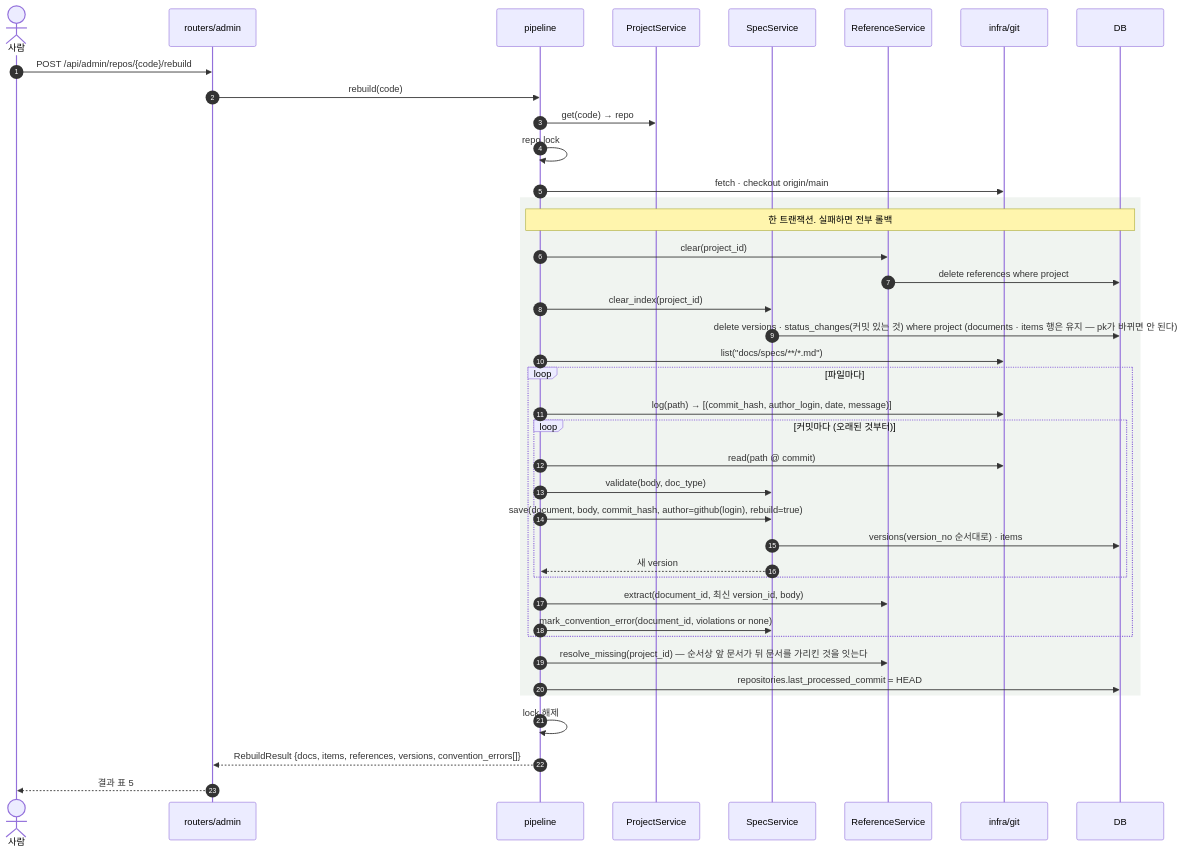
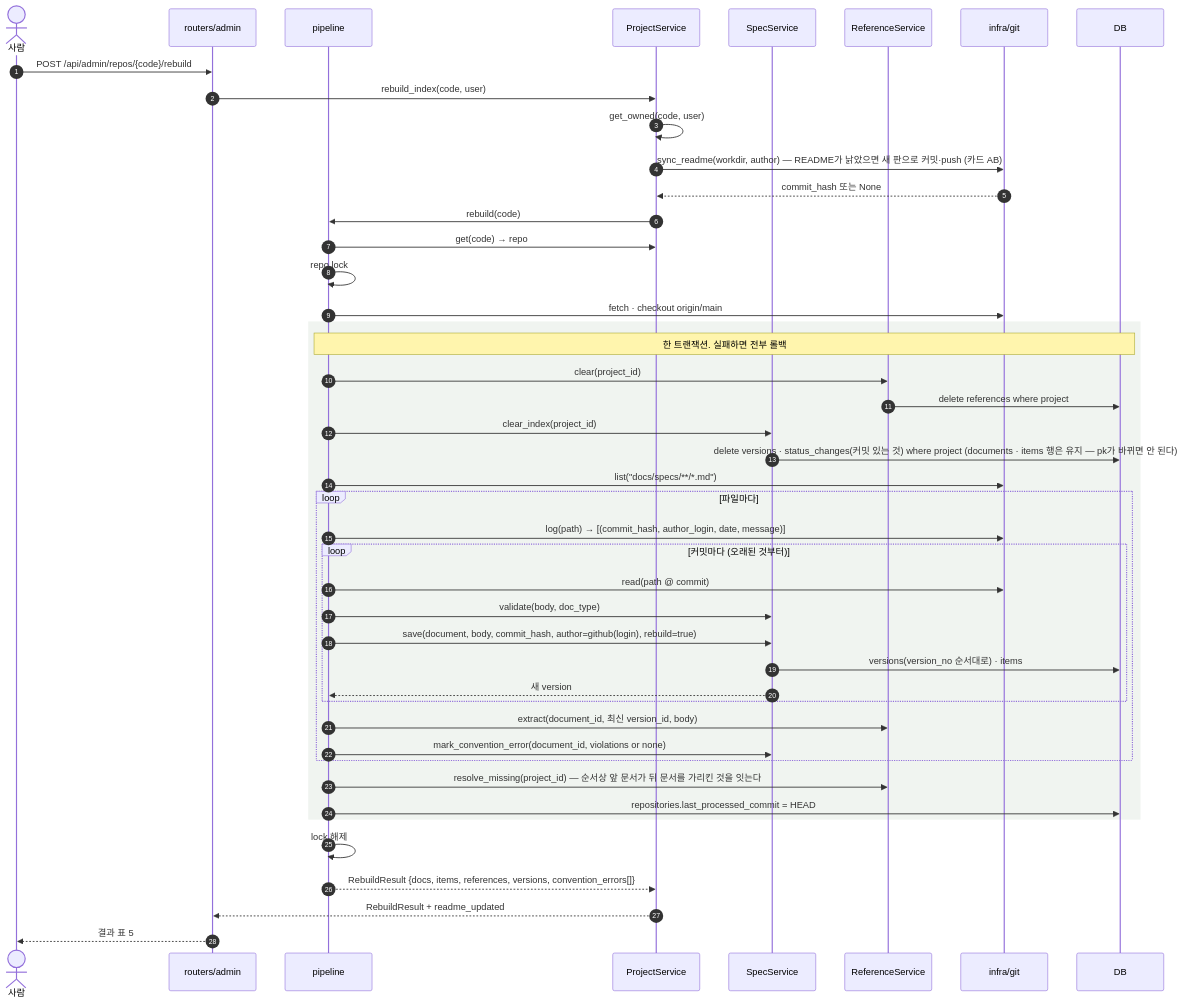
Before and after one commit to HoyoungParkme/syncdoc: diagram 17 of 22 in docs/specs/09-SEQ/SYNC-SEQ-001.md, drawn with Mermaid. The commit also changed other lines of this file and 24 other files, not shown here.

````diff
--- a/docs/specs/09-SEQ/SYNC-SEQ-001.md
+++ b/docs/specs/09-SEQ/SYNC-SEQ-001.md
@@ -813,43 +815,48 @@
 ```mermaid
 sequenceDiagram
     autonumber
     actor U as 사람
     participant RA as routers/admin
     participant P as pipeline
     participant PS as ProjectService
     participant S as SpecService
     participant R as ReferenceService
     participant G as infra/git
     participant DB
 
     U->>RA: POST /api/admin/repos/{code}/rebuild
-    RA->>P: rebuild(code)
+    RA->>PS: rebuild_index(code, user)
+    PS->>PS: get_owned(code, user)
+    PS->>G: sync_readme(workdir, author) — README가 낡았으면 새 판으로 커밋·push (카드 AB)
+    G-->>PS: commit_hash 또는 None
+    PS->>P: rebuild(code)
     P->>PS: get(code) → repo
     P->>P: repo lock
     P->>G: fetch · checkout origin/main
     rect rgb(240,244,240)
         Note over P,DB: 한 트랜잭션. 실패하면 전부 롤백
         P->>R: clear(project_id)
         R->>DB: delete references where project
         P->>S: clear_index(project_id)
         S->>DB: delete versions · status_changes(커밋 있는 것) where project (documents · items 행은 유지 — pk가 바뀌면 안 된다)
         P->>G: list("docs/specs/**/*.md")
         loop 파일마다
             P->>G: log(path) → [(commit_hash, author_login, date, message)]
             loop 커밋마다 (오래된 것부터)
                 P->>G: read(path @ commit)
                 P->>S: validate(body, doc_type)
                 P->>S: save(document, body, commit_hash, author=github(login), rebuild=true)
                 S->>DB: versions(version_no 순서대로) · items
                 S-->>P: 새 version
             end
             P->>R: extract(document_id, 최신 version_id, body)
             P->>S: mark_convention_error(document_id, violations or none)
         end
         P->>R: resolve_missing(project_id) — 순서상 앞 문서가 뒤 문서를 가리킨 것을 잇는다
         P->>DB: repositories.last_processed_commit = HEAD
     end
     P->>P: lock 해제
-    P-->>RA: RebuildResult {docs, items, references, versions, convention_errors[]}
+    P-->>PS: RebuildResult {docs, items, references, versions, convention_errors[]}
+    PS-->>RA: RebuildResult + readme_updated
     RA-->>U: 결과 표 5
 ```
````
